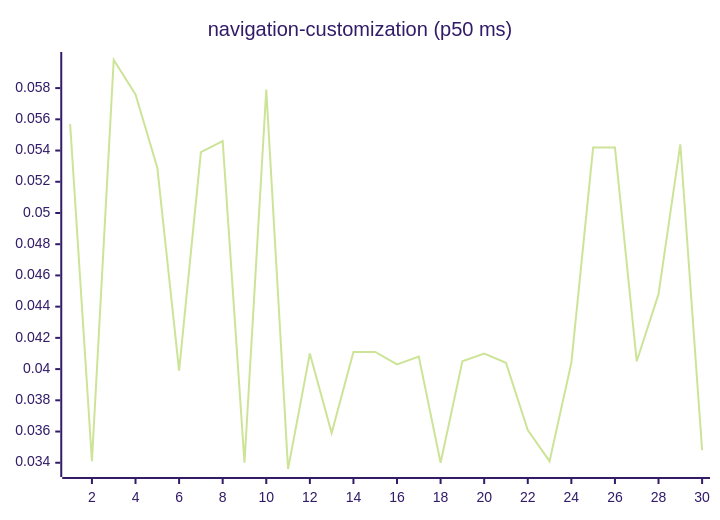
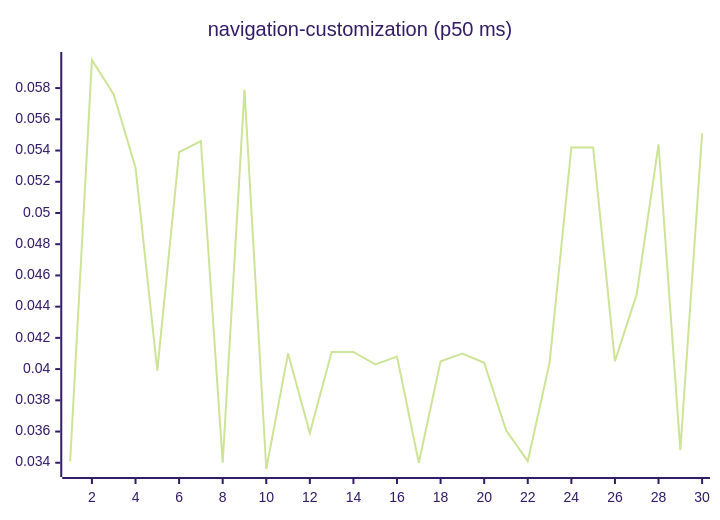
Diagram 15 of 27 in README.md (josha/Facet), drawn with Mermaid (forest theme) before and after one commit. The commit also changed other lines of this file and 2 other files, not shown here.

````diff
--- a/README.md
+++ b/README.md
@@ -161,6 +161,6 @@
 ```mermaid
 xychart-beta
     title "navigation-customization (p50 ms)"
     x-axis 1 --> 30
-    line [0.0557, 0.0341, 0.0598, 0.0576, 0.0529, 0.0399, 0.0539, 0.0546, 0.0340, 0.0579, 0.0336, 0.0410, 0.0359, 0.0411, 0.0411, 0.0403, 0.0408, 0.0340, 0.0405, 0.0410, 0.0404, 0.0361, 0.0341, 0.0404, 0.0542, 0.0542, 0.0405, 0.0448, 0.0544, 0.0348]
+    line [0.0341, 0.0598, 0.0576, 0.0529, 0.0399, 0.0539, 0.0546, 0.0340, 0.0579, 0.0336, 0.0410, 0.0359, 0.0411, 0.0411, 0.0403, 0.0408, 0.0340, 0.0405, 0.0410, 0.0404, 0.0361, 0.0341, 0.0404, 0.0542, 0.0542, 0.0405, 0.0448, 0.0544, 0.0348, 0.0551]
 ```
````
